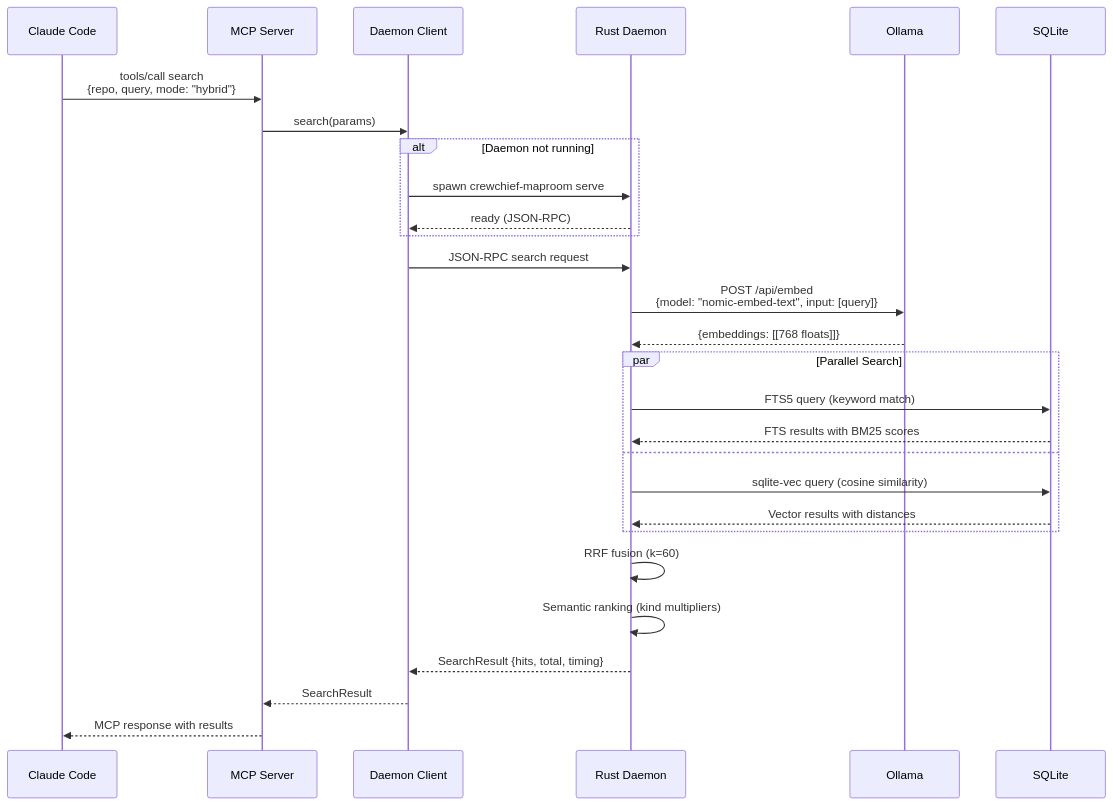
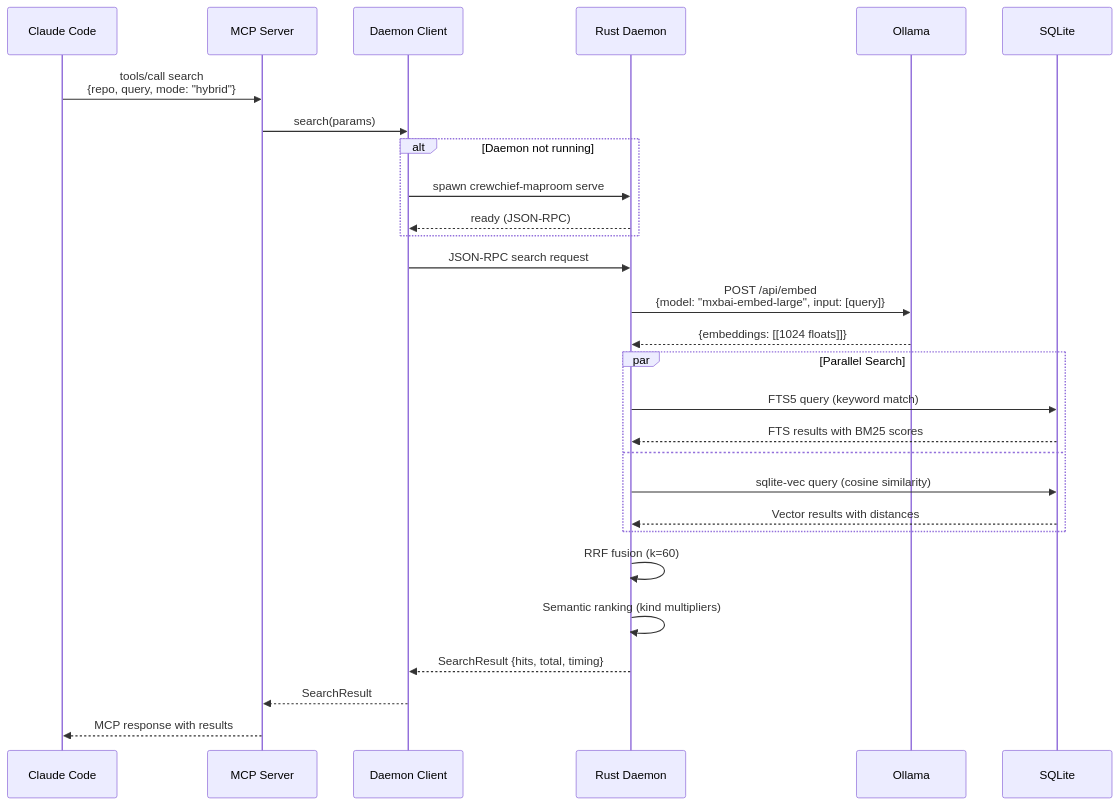
Before and after one commit to manifoldlogic/crewchief: the first of 5 diagrams in docs/architecture/sequences.md, drawn with Mermaid. The commit also changed other lines of this file and 9 other files, not shown here.

First line of the commit message:
docs(MXBAI-2004): update remaining docs to use mxbai-embed-large default

````diff
--- a/docs/architecture/sequences.md
+++ b/docs/architecture/sequences.md
@@ -7,35 +7,35 @@
 ```mermaid
 sequenceDiagram
     participant CC as Claude Code
     participant MCP as MCP Server
     participant DC as Daemon Client
     participant DM as Rust Daemon
     participant OL as Ollama
     participant DB as SQLite
 
     CC->>MCP: tools/call search<br/>{repo, query, mode: "hybrid"}
     MCP->>DC: search(params)
 
     alt Daemon not running
         DC->>DM: spawn crewchief-maproom serve
         DM-->>DC: ready (JSON-RPC)
     end
 
     DC->>DM: JSON-RPC search request
-    DM->>OL: POST /api/embed<br/>{model: "nomic-embed-text", input: [query]}
-    OL-->>DM: {embeddings: [[768 floats]]}
+    DM->>OL: POST /api/embed<br/>{model: "mxbai-embed-large", input: [query]}
+    OL-->>DM: {embeddings: [[1024 floats]]}
 
     par Parallel Search
         DM->>DB: FTS5 query (keyword match)
         DB-->>DM: FTS results with BM25 scores
     and
         DM->>DB: sqlite-vec query (cosine similarity)
         DB-->>DM: Vector results with distances
     end
 
     DM->>DM: RRF fusion (k=60)
     DM->>DM: Semantic ranking (kind multipliers)
     DM-->>DC: SearchResult {hits, total, timing}
     DC-->>MCP: SearchResult
     MCP-->>CC: MCP response with results
 ```
````
